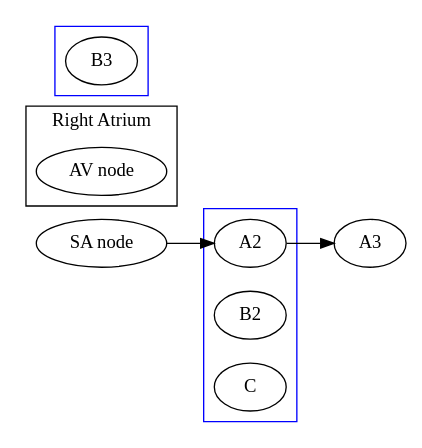
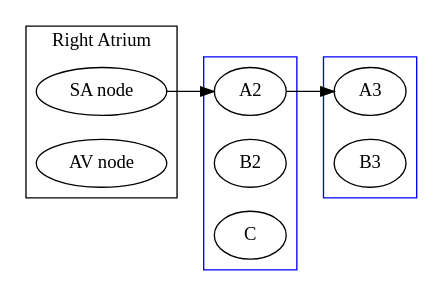
The second of 2 diagrams in NURS380_Practicum/Topics/EKG/EKG and Rhythms.md (meirisoda/school_spring2024), drawn with Graphviz before and after one commit.

Commit message:
vault backup: 2024-02-19 17:50:27

````diff
--- a/NURS380_Practicum/Topics/EKG/EKG and Rhythms.md
+++ b/NURS380_Practicum/Topics/EKG/EKG and Rhythms.md
@@ -209,37 +209,35 @@
 ```dot
 digraph g{
 	rankdir = LR;
 	node [shape = ellipse]
 	
 	A->A2->A3;
 
 	subgraph cluster0{
 		shape=rect;
 		rank=same;
 		A [label="SA node"];
 		B [label="AV node"];
 		label="Right Atrium";
 	}
 	
 	subgraph cluster1{
 		shape = rect;
 		rank=same;
 		A2;
 		B2;
 		C;
 		color=blue;
 		label="";
 	}
 
 	subgraph cluster2 {
 		shape=rect;
 		rank=same;
 		A3;
 		B3;
 		color=blue;
 	}
 	
-	{ rank=same; A; }
-	{ rank=same; A3;}
 }
 ```
````
